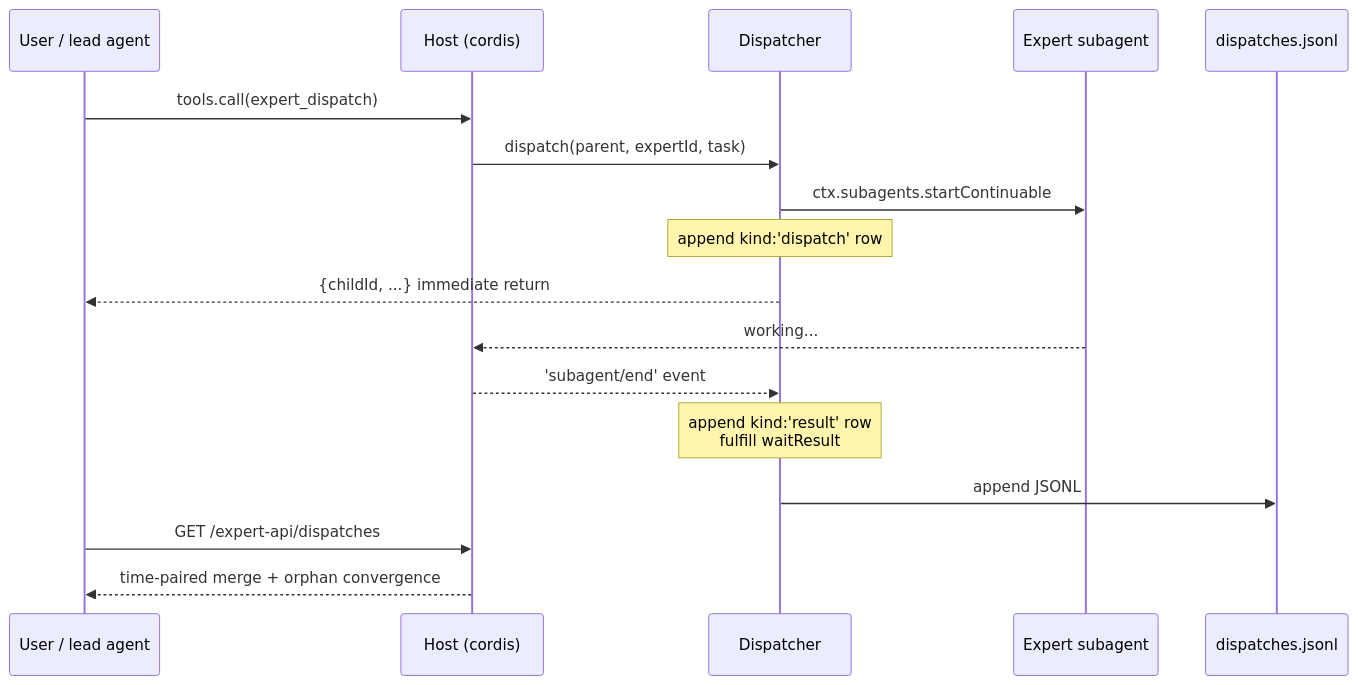
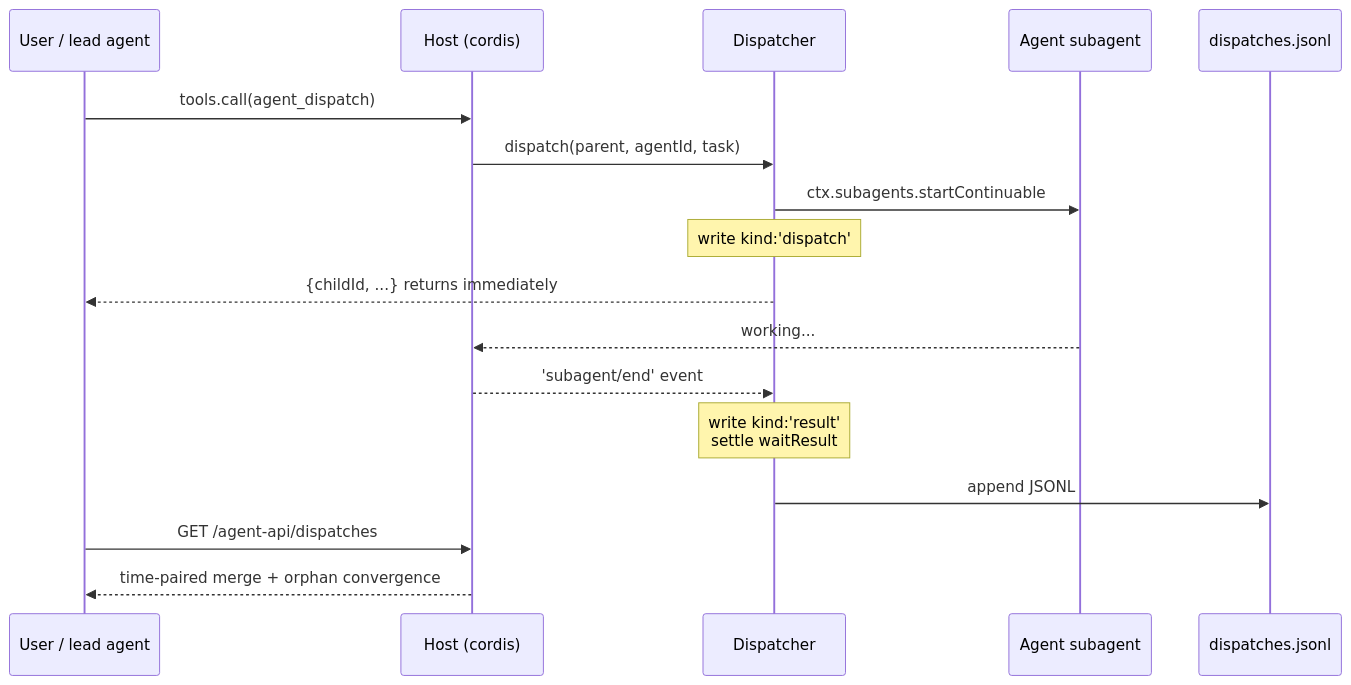
One commit to ArmingLou/dsh-agent-dispatch changed the third of 4 diagrams in README.en.md. Above: the diagram before and after it, drawn with Mermaid. The commit also changed other lines of this file and 31 other files, not shown here.

Commit message:
v1.1.0: expert 全面改名 agent，删除内置 Agent/小队，换真实 UI 截图

````diff
--- a/README.en.md
+++ b/README.en.md
@@ -107,19 +110,19 @@
 ```mermaid
 sequenceDiagram
     participant U as User / lead agent
     participant H as Host (cordis)
     participant D as Dispatcher
-    participant E as Expert subagent
+    participant E as Agent subagent
     participant L as dispatches.jsonl
-    U->>H: tools.call(expert_dispatch)
-    H->>D: dispatch(parent, expertId, task)
+    U->>H: tools.call(agent_dispatch)
+    H->>D: dispatch(parent, agentId, task)
     D->>E: ctx.subagents.startContinuable
-    Note over D: append kind:'dispatch' row
-    D-->>U: {childId, ...} immediate return
+    Note over D: write kind:'dispatch'
+    D-->>U: {childId, ...} returns immediately
     E-->>H: working...
     H-->>D: 'subagent/end' event
-    Note over D: append kind:'result' row<br/>fulfill waitResult
+    Note over D: write kind:'result'<br/>settle waitResult
     D->>L: append JSONL
-    U->>H: GET /expert-api/dispatches
+    U->>H: GET /agent-api/dispatches
     H-->>U: time-paired merge + orphan convergence
 ```
````
